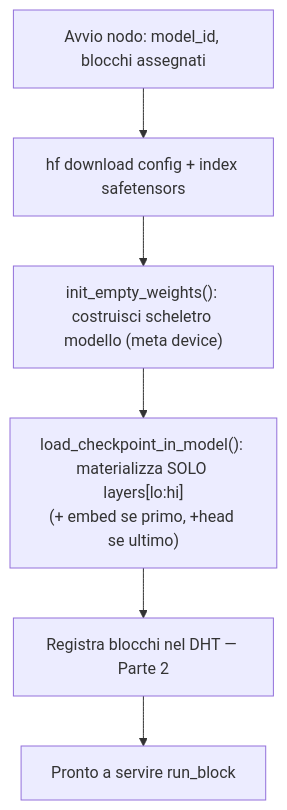
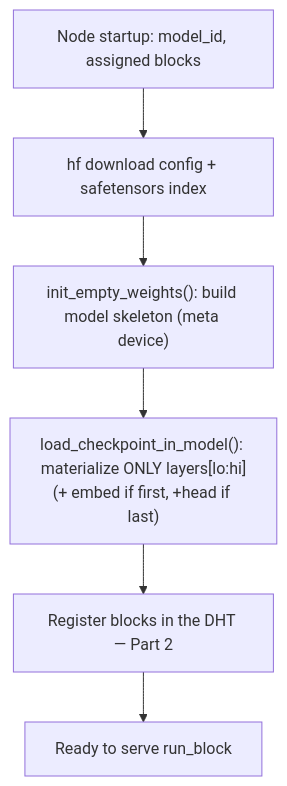
The diagram in docs/prd/part-1-peer-node.md (babelfornet/eujeno), drawn with Mermaid before and after one commit. The commit also changed other lines of this file and 34 other files, not shown here.

````diff
--- a/docs/prd/part-1-peer-node.md
+++ b/docs/prd/part-1-peer-node.md
@@ -55,8 +55,8 @@
 ```mermaid
 flowchart TD
-    A[Avvio nodo: model_id, blocchi assegnati] --> B[hf download config + index safetensors]
-    B --> C["init_empty_weights(): costruisci scheletro modello (meta device)"]
-    C --> D["load_checkpoint_in_model(): materializza SOLO layers[lo:hi]<br/>(+ embed se primo, +head se ultimo)"]
-    D --> E[Registra blocchi nel DHT — Parte 2]
-    E --> F[Pronto a servire run_block]
+    A[Node startup: model_id, assigned blocks] --> B[hf download config + safetensors index]
+    B --> C["init_empty_weights(): build model skeleton (meta device)"]
+    C --> D["load_checkpoint_in_model(): materialize ONLY layers[lo:hi]<br/>(+ embed if first, +head if last)"]
+    D --> E[Register blocks in the DHT — Part 2]
+    E --> F[Ready to serve run_block]
 ```
````
